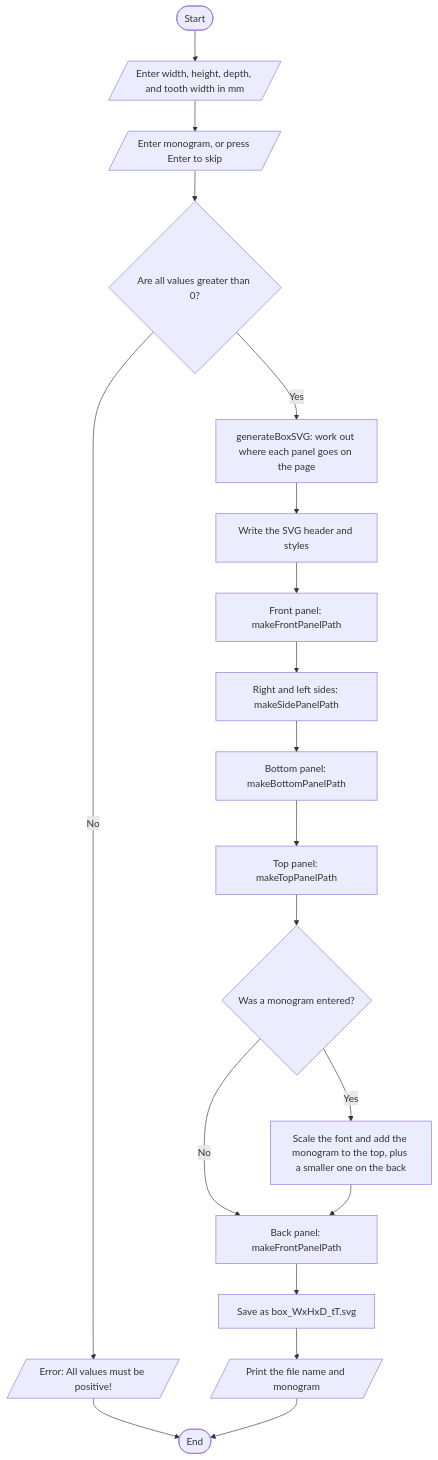
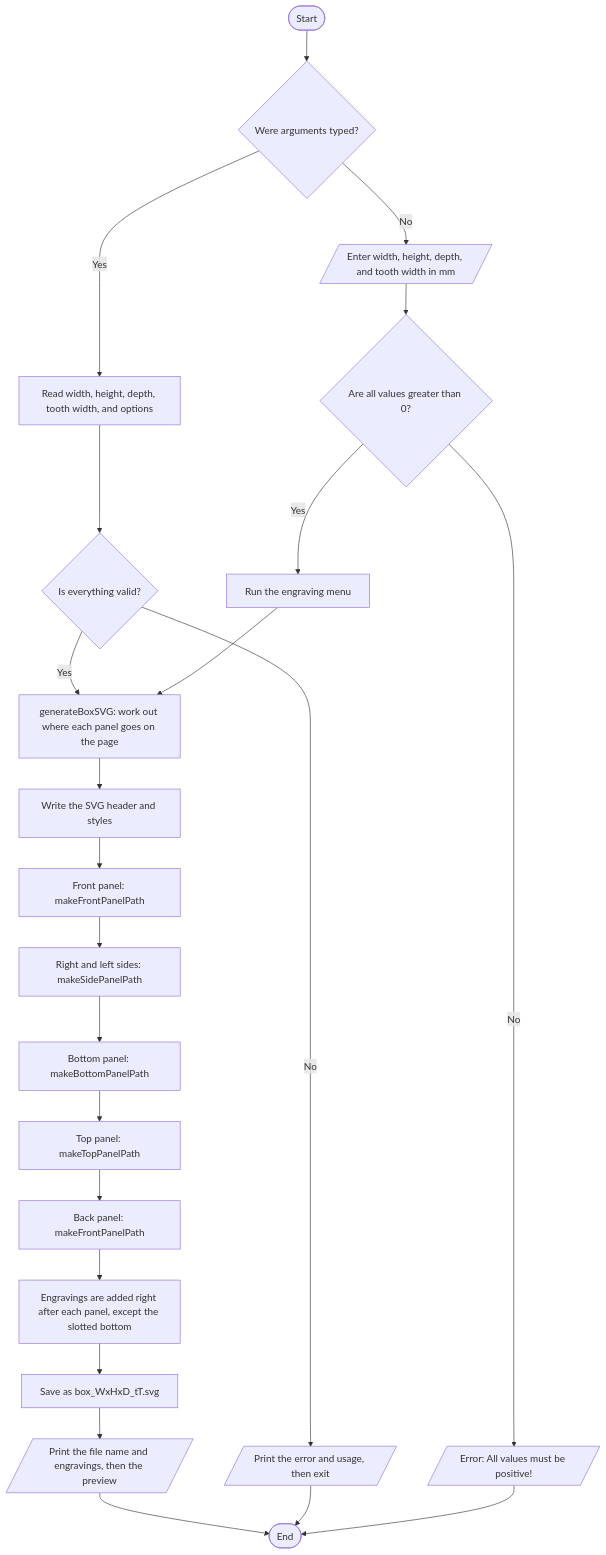
Before and after one commit to AkramIdriss/Jimothy3: the fourth of 7 diagrams in project work/FlowCharts.md, drawn with Mermaid. The commit also changed other lines of this file, not shown here.

Commit message:
Update flowcharts for the CLI

````diff
--- a/project work/FlowCharts.md
+++ b/project work/FlowCharts.md
@@ -43,21 +107,25 @@
 ```mermaid
 flowchart TD
-    A([Start]) --> B[/"Enter width, height, depth, and tooth width in mm"/]
-    B --> C[/"Enter monogram, or press Enter to skip"/]
-    C --> D{"Are all values greater than 0?"}
-    D -- No --> E[/"Error: All values must be positive!"/]
-    E --> Z([End])
-    D -- Yes --> F["generateBoxSVG: work out where each panel goes on the page"]
-    F --> G["Write the SVG header and styles"]
-    G --> H["Front panel: makeFrontPanelPath"]
-    H --> I["Right and left sides: makeSidePanelPath"]
-    I --> J["Bottom panel: makeBottomPanelPath"]
-    J --> K["Top panel: makeTopPanelPath"]
-    K --> L{"Was a monogram entered?"}
-    L -- Yes --> M["Scale the font and add the monogram to the top, plus a smaller one on the back"]
-    L -- No --> N["Back panel: makeFrontPanelPath"]
-    M --> N
-    N --> O["Save as box_WxHxD_tT.svg"]
-    O --> P[/"Print the file name and monogram"/]
-    P --> Z
+    A([Start]) --> B{"Were arguments typed?"}
+    B -- Yes --> C["Read width, height, depth, tooth width, and options"]
+    C --> D{"Is everything valid?"}
+    D -- No --> E[/"Print the error and usage, then exit"/]
+    B -- No --> F[/"Enter width, height, depth, and tooth width in mm"/]
+    F --> G{"Are all values greater than 0?"}
+    G -- No --> H[/"Error: All values must be positive!"/]
+    G -- Yes --> I["Run the engraving menu"]
+    D -- Yes --> J["generateBoxSVG: work out where each panel goes on the page"]
+    I --> J
+    J --> K["Write the SVG header and styles"]
+    K --> L["Front panel: makeFrontPanelPath"]
+    L --> M["Right and left sides: makeSidePanelPath"]
+    M --> N["Bottom panel: makeBottomPanelPath"]
+    N --> O["Top panel: makeTopPanelPath"]
+    O --> P["Back panel: makeFrontPanelPath"]
+    P --> Q["Engravings are added right after each panel, except the slotted bottom"]
+    Q --> R["Save as box_WxHxD_tT.svg"]
+    R --> S[/"Print the file name and engravings, then the preview"/]
+    S --> Z([End])
+    E --> Z
+    H --> Z
 ```
````
